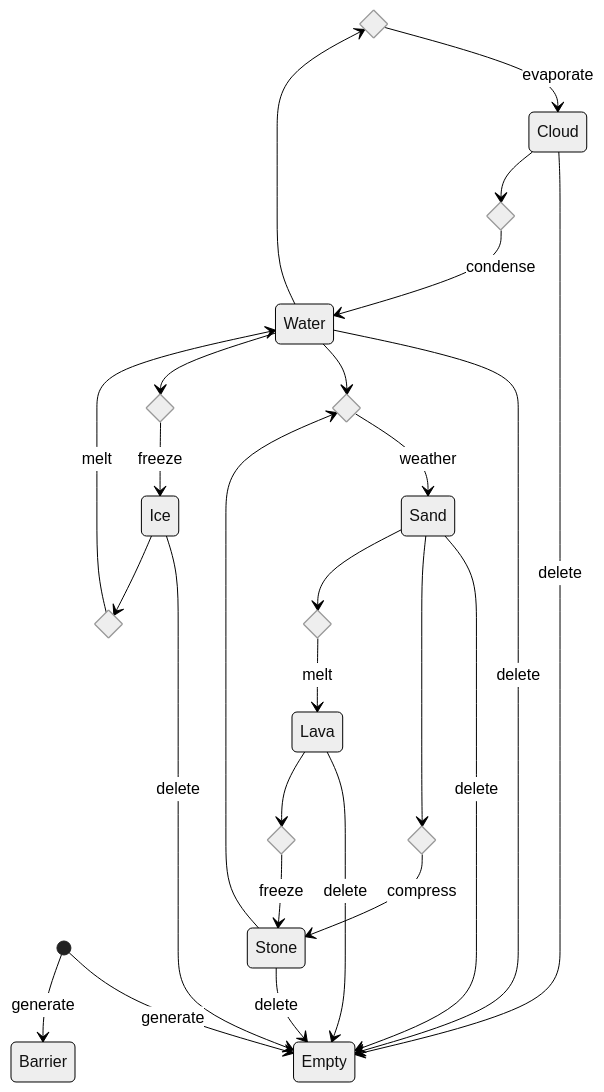
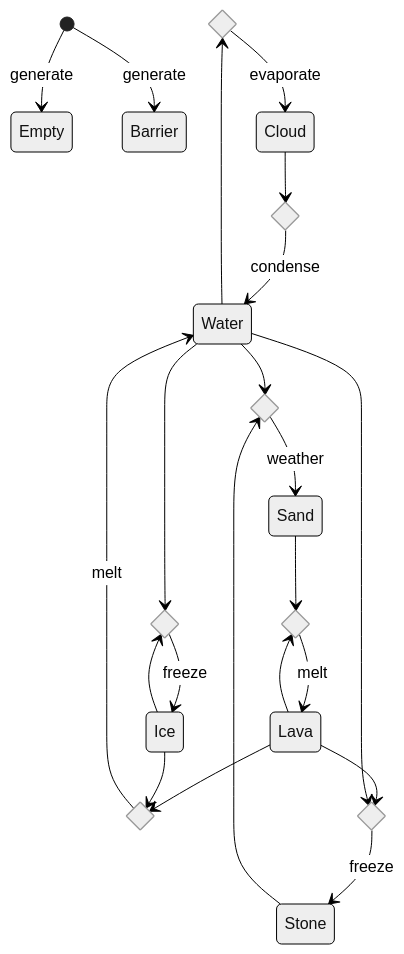
The diagram in Diagrams/state.mermaid (Intro-specter/powderGame), drawn with Mermaid (neutral theme) before and after one commit. The commit also changed 13 other files, not shown here.

Commit message:
update Methoden der Partikel geändert. Ice & Lava Materialien hinzugefügt.

```diff
--- a/Diagrams/state.mermaid
+++ b/Diagrams/state.mermaid
@@ -1,34 +1,29 @@
 stateDiagram-v2
     state evaporate <<choice>> %% water to cloud
     state condense <<choice>> %% cloud to water
-    state compress <<choice>> %% sand to stone
     state weather <<choice>> %% stone to sand
-    state melt <<choice>> %% ice to water
-    state freeze <<choice>> %% water to ice
+    state water_freeze <<choice>>
     state sand_melt <<choice>> %% sand to lava
+    state ice_melt <<choice>> %% ice to sand
     state lava_freeze <<choice>> %% lava to stone
     [*] --> Empty: generate
     [*] --> Barrier: generate
-    Sand --> Empty: delete
-    Sand --> compress
     Sand --> sand_melt
     Stone --> weather
-    Stone --> Empty: delete
-    Lava --> Empty: delete
+    Lava --> ice_melt
+    Lava --> sand_melt
     Lava --> lava_freeze
-    Water --> Empty: delete
     Water --> evaporate
     Water --> weather
-    Water --> freeze
-    Cloud --> Empty: delete
+    Water --> water_freeze
+    Water --> lava_freeze
     Cloud --> condense
-    Ice --> Empty: delete
-    Ice --> melt
+    Ice --> ice_melt
+    Ice --> water_freeze
     evaporate --> Cloud: evaporate
     condense --> Water: condense
-    compress --> Stone: compress
     weather --> Sand: weather
-    melt --> Water: melt
-    freeze --> Ice: freeze
     sand_melt --> Lava: melt
-    lava_freeze --> Stone: freeze
+    lava_freeze --> Stone: freeze 
+    ice_melt --> Water: melt
+    water_freeze --> Ice: freeze
```
